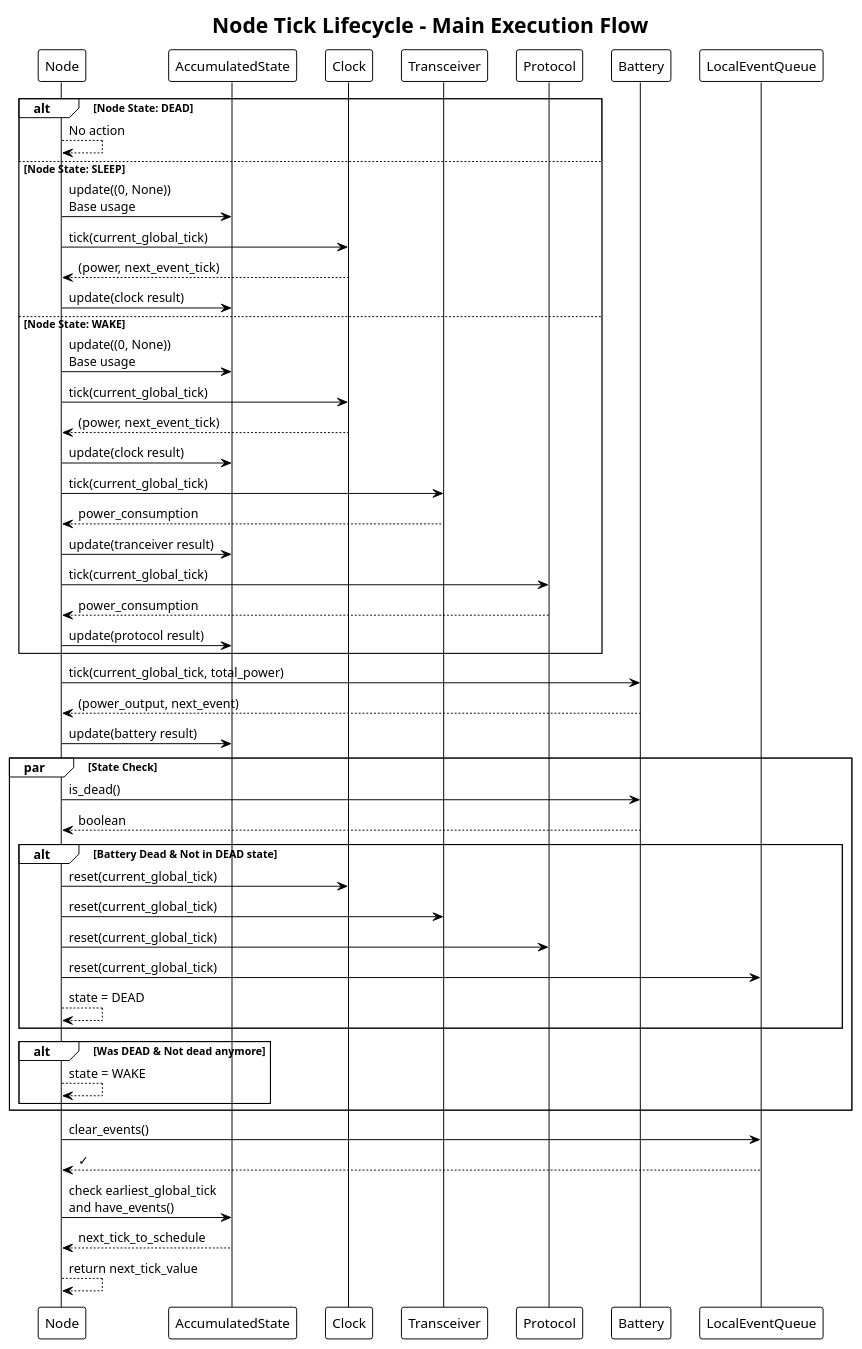
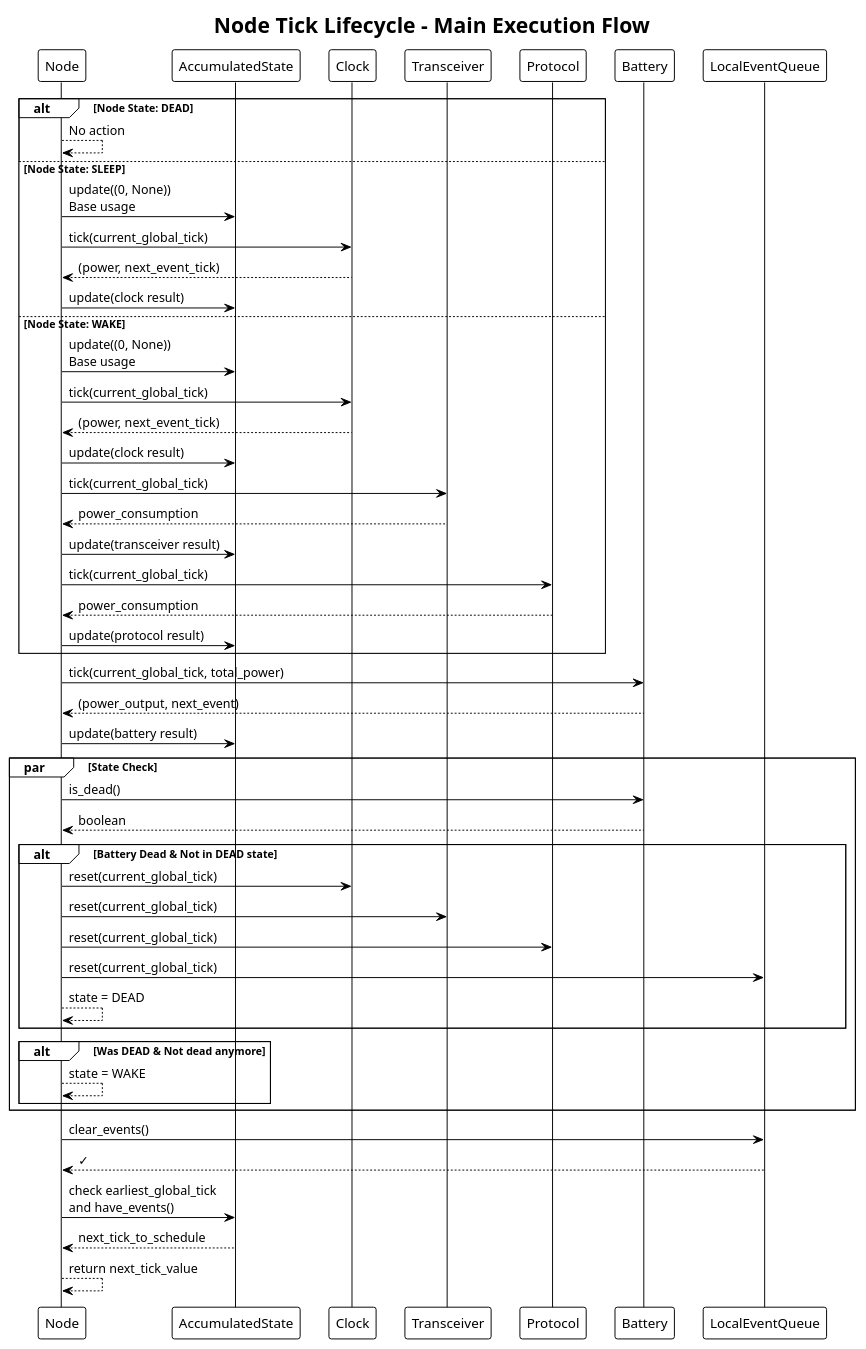
The diagram in Figures/technicalAnalysis/simulator/node/node_lifecycle_sequence.puml (Mikkelnn/ES8-Project), drawn with PlantUML before and after one commit. The commit also changed 16 other files, not shown here.

```diff
--- a/Figures/technicalAnalysis/simulator/node/node_lifecycle_sequence.puml
+++ b/Figures/technicalAnalysis/simulator/node/node_lifecycle_sequence.puml
@@ -1,64 +1,64 @@
 @startuml Node_Lifecycle_Sequence
 !theme plain
 title Node Tick Lifecycle - Main Execution Flow
 
 participant "Node" as node
 participant "AccumulatedState" as accstate
 participant "Clock" as clock
-participant "Transceiver" as tranceiver
+participant "Transceiver" as transceiver
 participant "Protocol" as protocol
 participant "Battery" as battery
 participant "LocalEventQueue" as eventqueue
 
 alt Node State: DEAD
     node --> node: No action
 else Node State: SLEEP
     node -> accstate: update((0, None))\nBase usage
     node -> clock: tick(current_global_tick)
     clock --> node: (power, next_event_tick)
     node -> accstate: update(clock result)
 else Node State: WAKE
     node -> accstate: update((0, None))\nBase usage
     node -> clock: tick(current_global_tick)
     clock --> node: (power, next_event_tick)
     node -> accstate: update(clock result)
     
-    node -> tranceiver: tick(current_global_tick)
-    tranceiver --> node: power_consumption
-    node -> accstate: update(tranceiver result)
+    node -> transceiver: tick(current_global_tick)
+    transceiver --> node: power_consumption
+    node -> accstate: update(transceiver result)
     
     node -> protocol: tick(current_global_tick)
     protocol --> node: power_consumption
     node -> accstate: update(protocol result)
 end
 
 node -> battery: tick(current_global_tick, total_power)
 battery --> node: (power_output, next_event)
 node -> accstate: update(battery result)
 
 par State Check
     node -> battery: is_dead()
     battery --> node: boolean
     
     alt Battery Dead & Not in DEAD state
         node -> clock: reset(current_global_tick)
-        node -> tranceiver: reset(current_global_tick)
+        node -> transceiver: reset(current_global_tick)
         node -> protocol: reset(current_global_tick)
         node -> eventqueue: reset(current_global_tick)
         node --> node: state = DEAD
     end
     
     alt Was DEAD & Not dead anymore
         node --> node: state = WAKE
     end
 end
 
 node -> eventqueue: clear_events()
 eventqueue --> node: ✓
 
 node -> accstate: check earliest_global_tick\nand have_events()
 accstate --> node: next_tick_to_schedule
 
 node --> node: return next_tick_value
 
 @enduml
```
